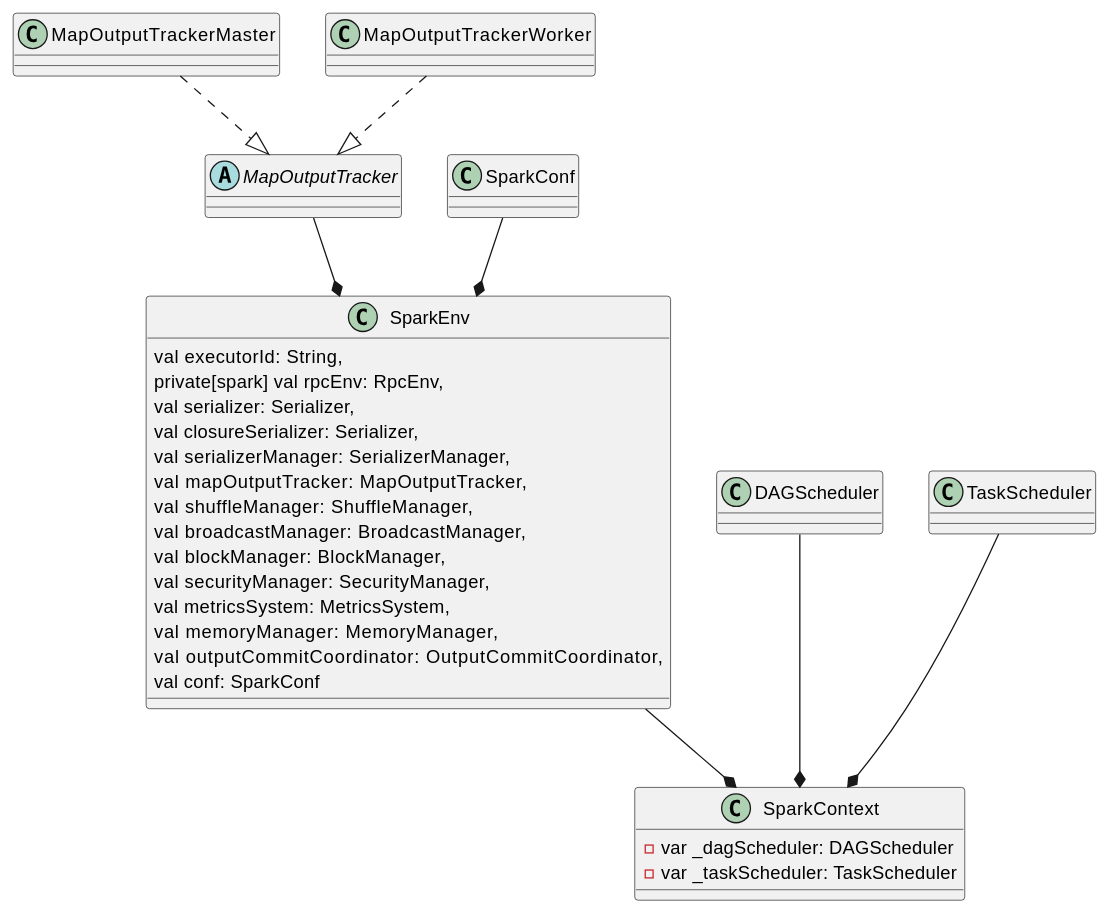
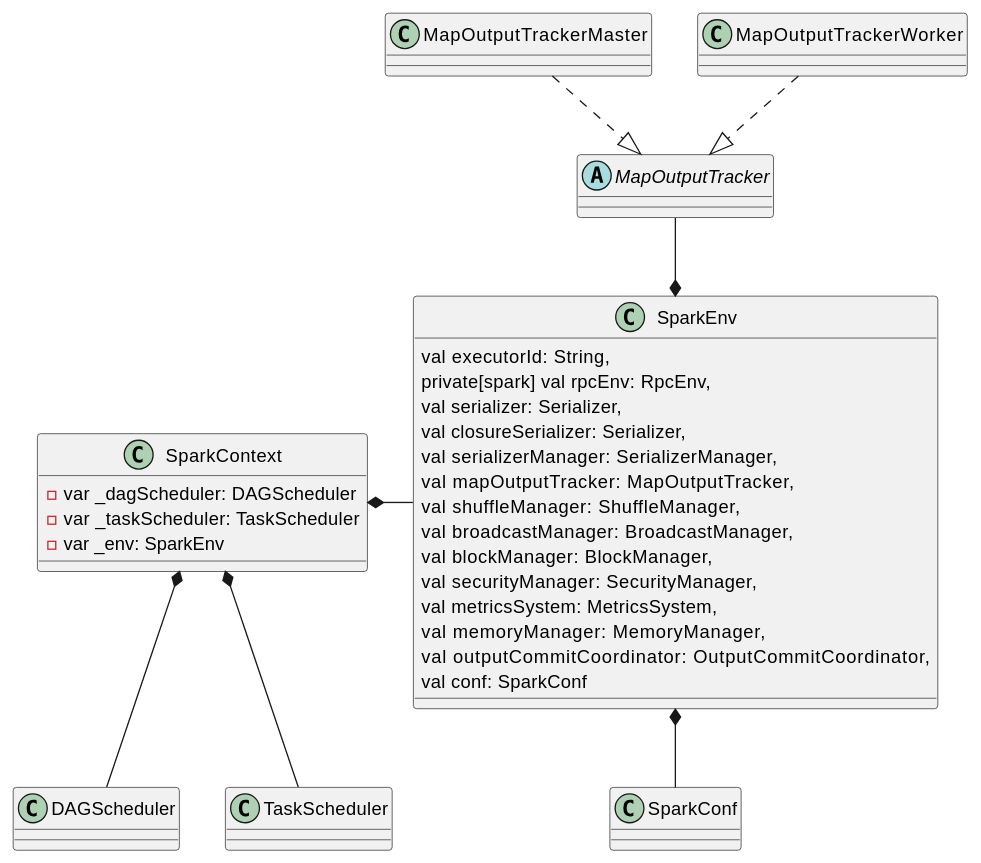
One commit to DepInjoy/geektime changed the diagram in doc/DB/00_Spark/SourceRead/00_SparkContext.md. Above: the diagram before and after it, drawn with PlantUML. The commit also changed other lines of this file and 1 other file, not shown here.

````diff
--- a/doc/DB/00_Spark/SourceRead/00_SparkContext.md
+++ b/doc/DB/00_Spark/SourceRead/00_SparkContext.md
@@ -1,39 +1,41 @@
 ```plantuml
 @startuml
 class SparkContext {
  - var _dagScheduler: DAGScheduler
  - var _taskScheduler: TaskScheduler
+ - var _env: SparkEnv 
 }
 
 class SparkEnv {
     val executorId: String,
     private[spark] val rpcEnv: RpcEnv,
     val serializer: Serializer,
     val closureSerializer: Serializer,
     val serializerManager: SerializerManager,
     val mapOutputTracker: MapOutputTracker,
     val shuffleManager: ShuffleManager,
     val broadcastManager: BroadcastManager,
     val blockManager: BlockManager,
     val securityManager: SecurityManager,
     val metricsSystem: MetricsSystem,
     val memoryManager: MemoryManager,
     val outputCommitCoordinator: OutputCommitCoordinator,
     val conf: SparkConf
 }
 
 abstract class MapOutputTracker {
 
 }
 
-DAGScheduler -down-* SparkContext
-SparkEnv -down-* SparkContext
-TaskScheduler -down-* SparkContext
+SparkEnv -left-* SparkContext
+
+DAGScheduler -up-* SparkContext
+TaskScheduler -up-* SparkContext
 
 MapOutputTracker -down-*SparkEnv
-SparkConf -down-*SparkEnv
+SparkConf -up-*SparkEnv
 
 MapOutputTrackerMaster -down.|> MapOutputTracker
 MapOutputTrackerWorker -down.|> MapOutputTracker
 @enduml
 ```
````
